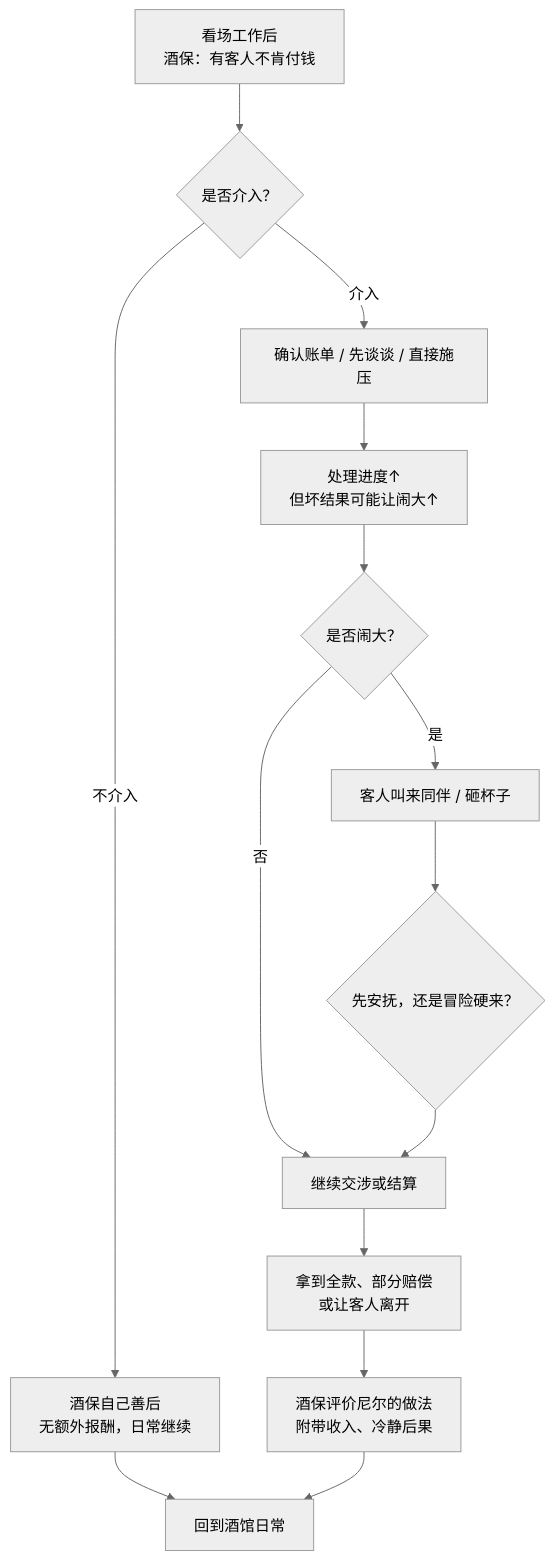
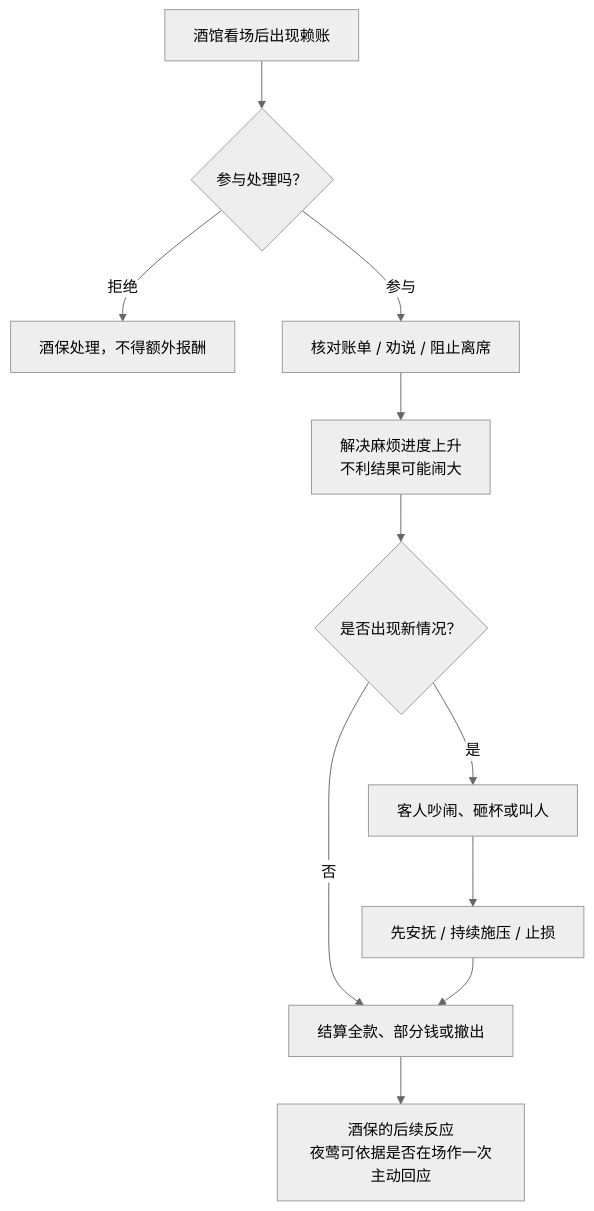
One commit to guopanqi/ssnoir changed the second of 4 diagrams in docs/章节内容手稿/第一章_人物与交锋设计/01_第一幕_活下去_内容网络与交锋.md. Above: the diagram before and after it, drawn with Mermaid (neutral theme). The commit also changed other lines of this file, not shown here.

````diff
--- a/docs/章节内容手稿/第一章_人物与交锋设计/01_第一幕_活下去_内容网络与交锋.md
+++ b/docs/章节内容手稿/第一章_人物与交锋设计/01_第一幕_活下去_内容网络与交锋.md
@@ -170,16 +147,13 @@
 ```mermaid
 flowchart TD
-    A["看场工作后<br/>酒保：有客人不肯付钱"] --> B{"是否介入？"}
-    B -->|不介入| C["酒保自己善后<br/>无额外报酬，日常继续"]
-    B -->|介入| D["确认账单 / 先谈谈 / 直接施压"]
-    D --> E["处理进度↑<br/>但坏结果可能让闹大↑"]
-    E --> F{"是否闹大？"}
-    F -->|否| G["继续交涉或结算"]
-    F -->|是| H["客人叫来同伴 / 砸杯子"]
-    H --> I{"先安抚，还是冒险硬来？"}
+    A["酒馆看场后出现赖账"] --> B{"参与处理吗？"}
+    B -->|"拒绝"| C["酒保处理，不得额外报酬"]
+    B -->|"参与"| D["核对账单 / 劝说 / 阻止离席"]
+    D --> E["解决麻烦进度上升<br/>不利结果可能闹大"]
+    E --> F{"是否出现新情况？"}
+    F -->|"否"| G["结算全款、部分钱或撤出"]
+    F -->|"是"| H["客人吵闹、砸杯或叫人"]
+    H --> I["先安抚 / 持续施压 / 止损"]
     I --> G
-    G --> J["拿到全款、部分赔偿<br/>或让客人离开"]
-    J --> K["酒保评价尼尔的做法<br/>附带收入、冷静后果"]
-    C --> L["回到酒馆日常"]
-    K --> L
+    G --> J["酒保的后续反应<br/>夜莺可依据是否在场作一次主动回应"]
 ```
````
